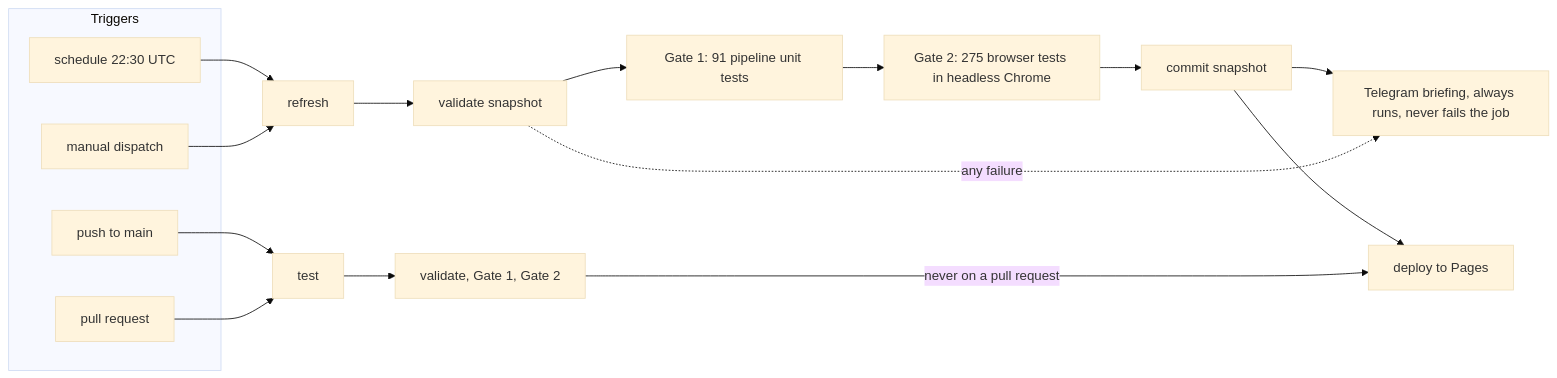
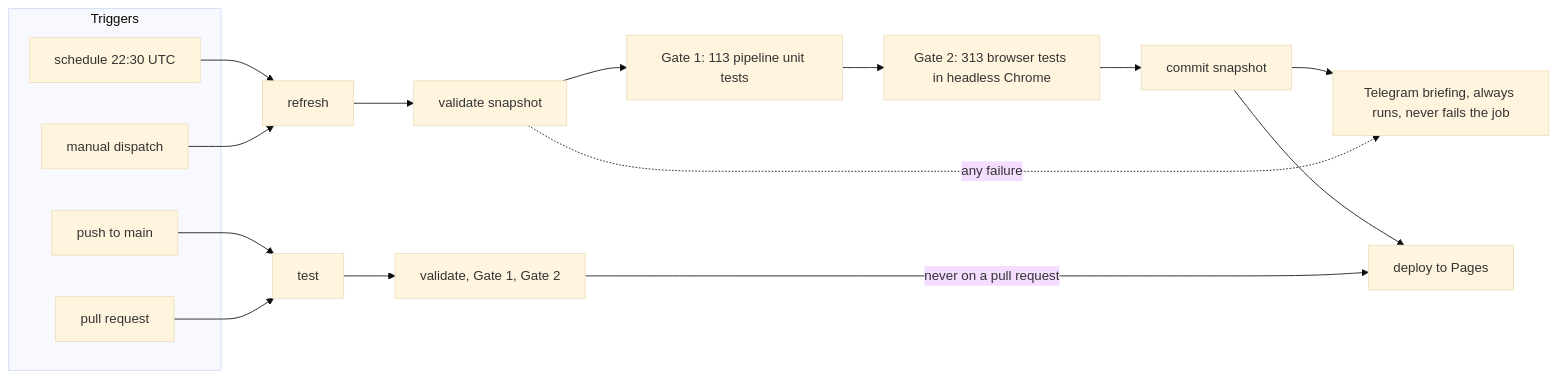
One commit to myc208/quantlens changed the fourth of 5 diagrams in README.md. Above: the diagram before and after it, drawn with Mermaid (base theme). The commit also changed other lines of this file and 4 other files, not shown here.

````diff
--- a/README.md
+++ b/README.md
@@ -558,19 +742,19 @@
 ```mermaid
 flowchart LR
   subgraph T["Triggers"]
     S["schedule 22:30 UTC"]
     D["manual dispatch"]
     P["push to main"]
     PR["pull request"]
   end
   S --> REF["refresh"]
   D --> REF
   P --> TEST["test"]
   PR --> TEST
-  REF --> V["validate snapshot"] --> G1["Gate 1: 91 pipeline unit tests"] --> G2["Gate 2: 275 browser tests in headless Chrome"] --> C["commit snapshot"]
+  REF --> V["validate snapshot"] --> G1["Gate 1: 113 pipeline unit tests"] --> G2["Gate 2: 313 browser tests in headless Chrome"] --> C["commit snapshot"]
   C --> TG["Telegram briefing, always runs, never fails the job"]
   V -.->|"any failure"| TG
   TEST --> V2["validate, Gate 1, Gate 2"]
   C --> DEP["deploy to Pages"]
   V2 -->|"never on a pull request"| DEP
 ```
````
